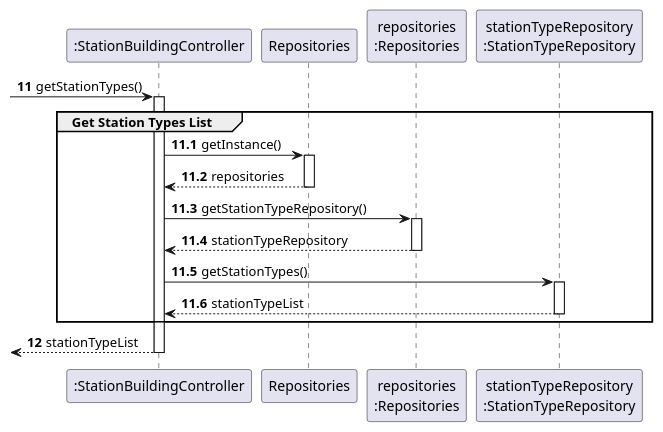
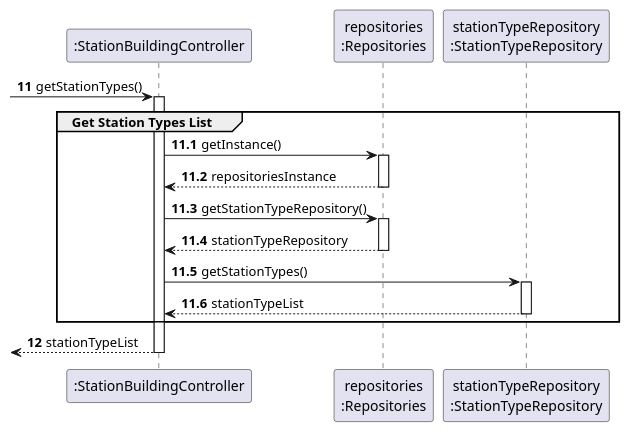
Before and after one commit to HenriqueSilva18/Railway-Network-Simulator: the diagram in docs/system-documentation/Sprint 2/US05/03.design/puml/US05-SD-partial-get-station-types-list.puml, drawn with PlantUML. The commit also changed 11 other files, not shown here.

```diff
--- a/docs/system-documentation/Sprint 2/US05/03.design/puml/US05-SD-partial-get-station-types-list.puml
+++ b/docs/system-documentation/Sprint 2/US05/03.design/puml/US05-SD-partial-get-station-types-list.puml
@@ -1,36 +1,35 @@
 @startuml
 skinparam packageStyle rectangle
 skinparam shadowing false
 
 participant ":StationBuildingController" as CTRL
-participant "Repositories" as REPOS
-participant "repositories\n:Repositories" as REPOS_SINGLETON
-participant "stationTypeRepository\n:StationTypeRepository" as ST_TYPE_REPO
+participant "repositories\n:Repositories" as REPOS
+participant "stationTypeRepository\n:StationTypeRepository" as TYPE_REPO
 
 autonumber 11
 -> CTRL : getStationTypes()
 
 autonumber 11.1
 activate CTRL
     group Get Station Types List
-        CTRL -> REPOS : getInstance()
+        CTRL -> REPOS: getInstance()
         activate REPOS
-            REPOS --> CTRL: repositories
+            REPOS --> CTRL: repositoriesInstance
         deactivate REPOS
 
-        CTRL -> REPOS_SINGLETON : getStationTypeRepository()
-        activate REPOS_SINGLETON
-            REPOS_SINGLETON --> CTRL: stationTypeRepository
-        deactivate REPOS_SINGLETON
+        CTRL -> REPOS: getStationTypeRepository()
+        activate REPOS
+            REPOS --> CTRL: stationTypeRepository
+        deactivate REPOS
 
-        CTRL -> ST_TYPE_REPO : getStationTypes()
-        activate ST_TYPE_REPO
-            ST_TYPE_REPO --> CTRL : stationTypeList
-        deactivate ST_TYPE_REPO
+        CTRL -> TYPE_REPO: getStationTypes()
+        activate TYPE_REPO
+            TYPE_REPO --> CTRL: stationTypeList
+        deactivate TYPE_REPO
     end
 
     autonumber 12
     <-- CTRL : stationTypeList
 deactivate CTRL
 
 @enduml 
```
